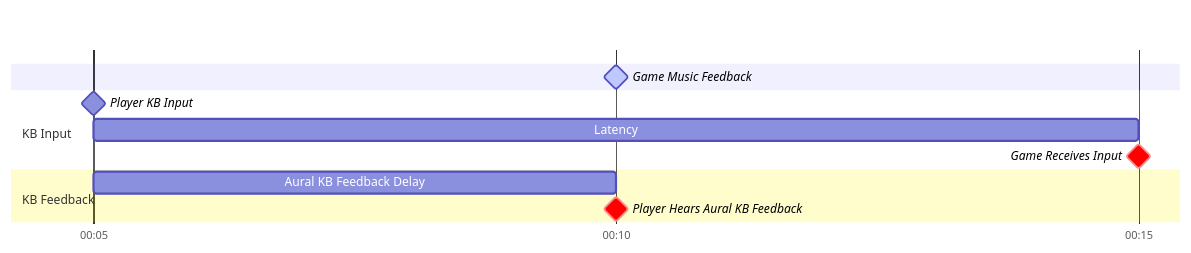
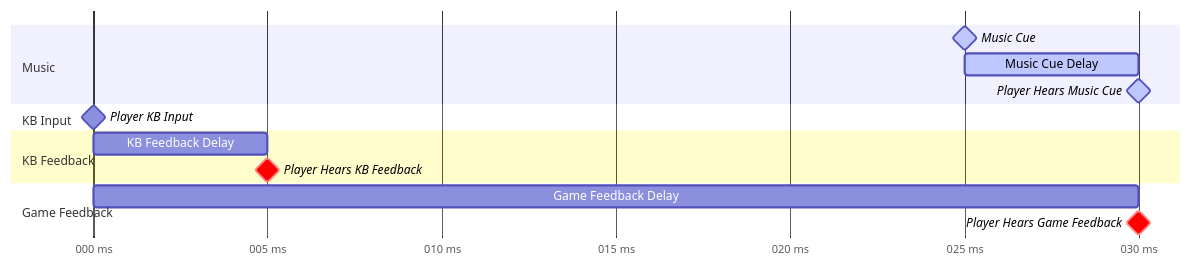
Before and after one commit to Eve-ning/Eve-ning.github.io: the sixth of 12 diagrams in _posts/2024-10-04-hitsounds.md, drawn with Mermaid. The commit also changed other lines of this file, not shown here.

````diff
--- a/_posts/2024-10-04-hitsounds.md
+++ b/_posts/2024-10-04-hitsounds.md
@@ -244,17 +274,22 @@
 ```mermaid
 gantt
-  dateFormat mm:ss
-  axisFormat %M:%S
-  tickInterval 5second
+  dateFormat SSS
+  axisFormat %L ms
+  tickInterval 5millisecond
 
-  Game Music Feedback: active, milestone, 00:10,
+  section Music
+    Music Cue: active, milestone, 025,
+    Music Cue Delay: active, 025, 030
+    Player Hears Music Cue: active, milestone, 030,
 
   section KB Input
-    Player KB Input: milestone, 00:05,
-    Latency: 00:05, 00:15
-    Game Receives Input: crit, milestone, 00:15
+    Player KB Input: milestone, 000,
 
   section KB Feedback
-    Aural KB Feedback Delay: 00:05, 00:10
-    Player Hears Aural KB Feedback: crit, milestone, 00:10,
+    KB Feedback Delay: 000, 005
+    Player Hears KB Feedback: crit, milestone, 005,
+
+  section Game Feedback
+    Game Feedback Delay: 000, 030
+    Player Hears Game Feedback: crit, milestone, 030,
 ```
````
